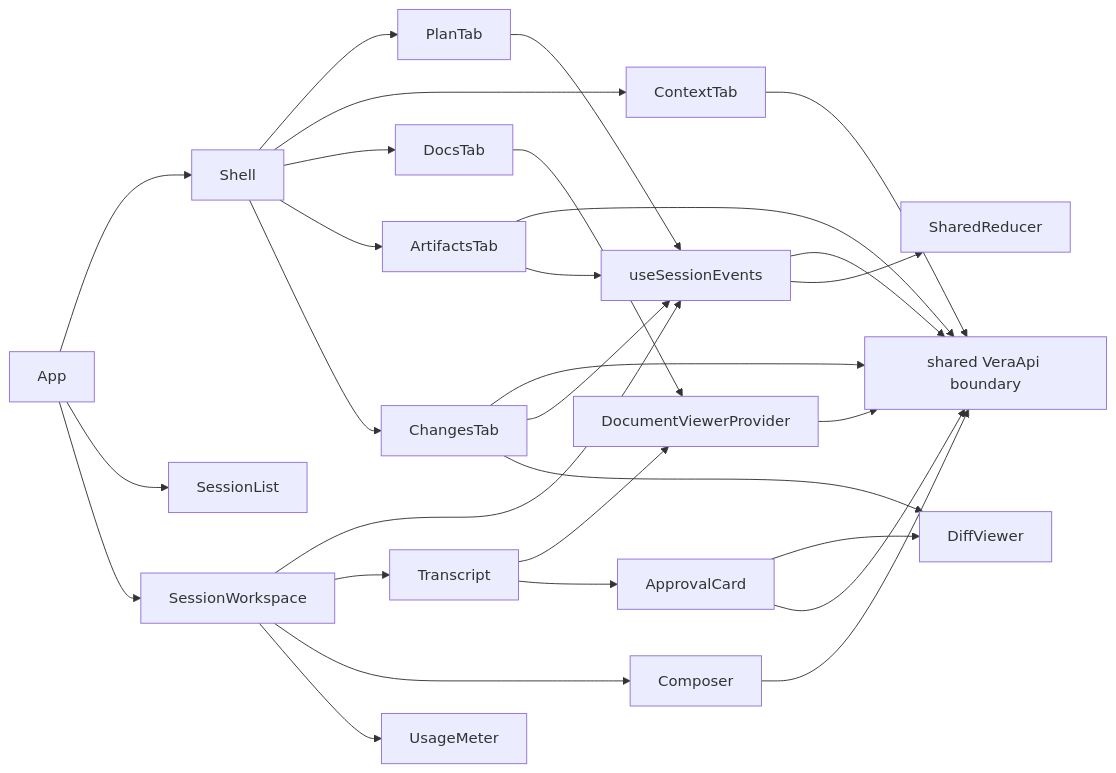
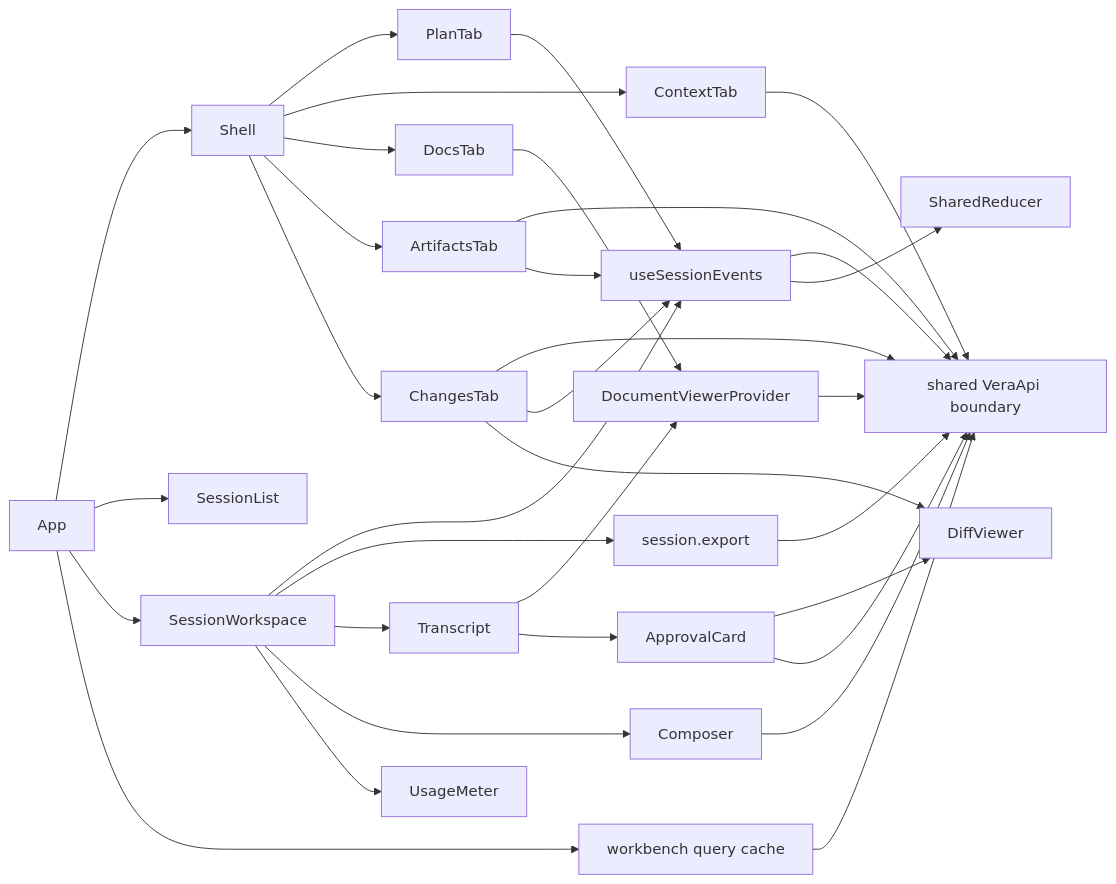
The diagram in .agentic/knowledge/chat-ui.md (DDP-Engineering/2026_Virtual_Embedded_Rig_Assistant), drawn with Mermaid before and after one commit. The commit also changed other lines of this file and 36 other files, not shown here.

First line of the commit message:
feat(sessions): implement WP-36 export and search (#36, TASK-ef7ccb15)

````diff
--- a/.agentic/knowledge/chat-ui.md
+++ b/.agentic/knowledge/chat-ui.md
@@ -77,31 +77,35 @@
 ```mermaid
 flowchart LR
   App --> Shell
   App --> SessionList
   App --> SessionWorkspace
   SessionWorkspace --> useSessionEvents
+  App --> SessionSearch[workbench query cache]
+  SessionSearch --> API
+  SessionWorkspace --> Export[session.export]
+  Export --> API
   SessionWorkspace --> Transcript
   SessionWorkspace --> Composer
   SessionWorkspace --> UsageMeter
   Shell --> PlanTab
   PlanTab --> useSessionEvents
   Shell --> ContextTab
   Shell --> DocsTab
   DocsTab --> DocumentViewerProvider
   Transcript --> DocumentViewerProvider
   DocumentViewerProvider --> API
   Shell --> ArtifactsTab
   ArtifactsTab --> API
   ArtifactsTab --> useSessionEvents
   Shell --> ChangesTab
   ChangesTab --> API
   ChangesTab --> useSessionEvents
   ChangesTab --> DiffViewer
   ApprovalCard --> DiffViewer
   useSessionEvents --> API[shared VeraApi boundary]
   useSessionEvents --> SharedReducer
   Transcript --> ApprovalCard
   ApprovalCard --> API
   Composer --> API
   ContextTab --> API
 ```
````
